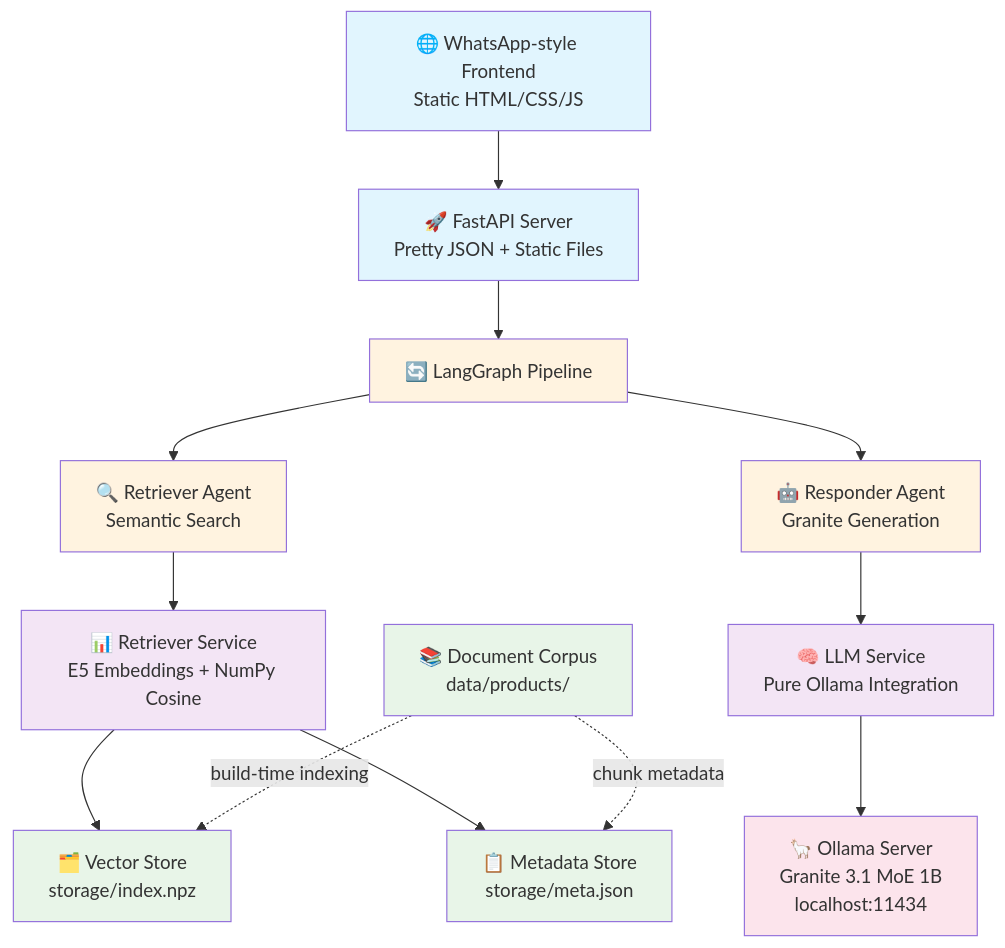
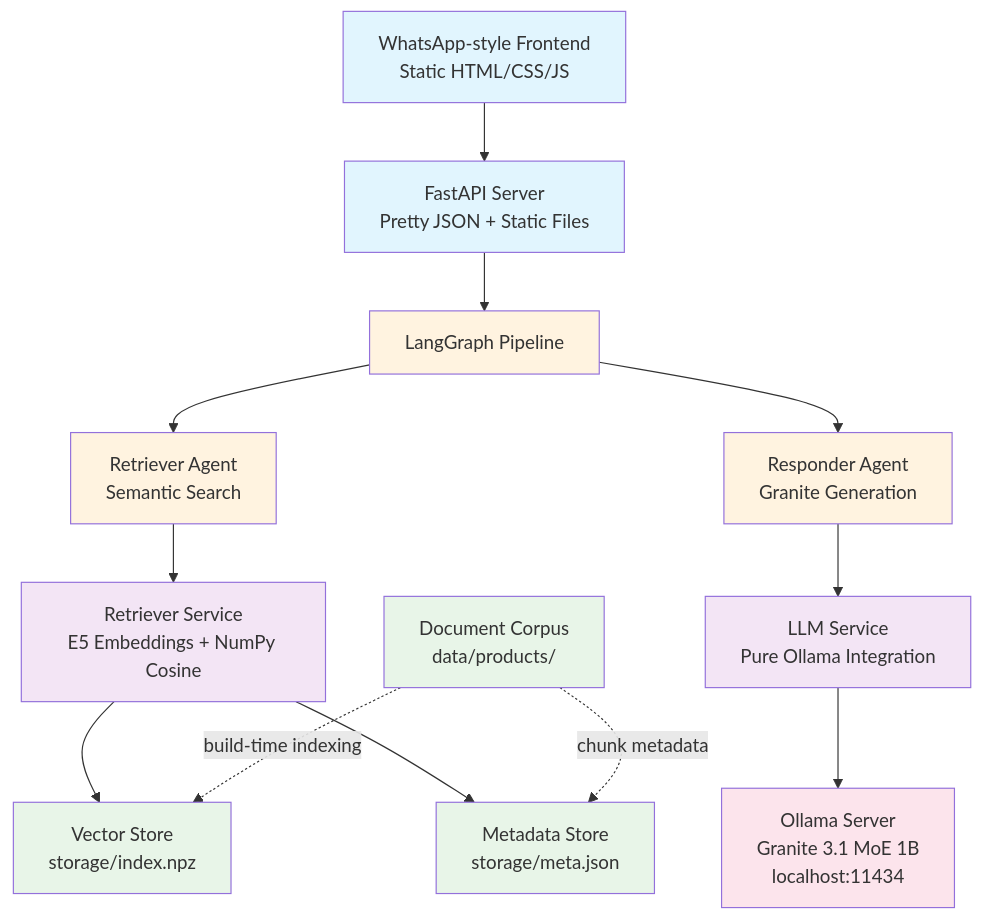
The diagram in README.md (lucianareynaud/rag-tech), drawn with Mermaid before and after one commit. The commit also changed other lines of this file, not shown here.

````diff
--- a/README.md
+++ b/README.md
@@ -43,51 +43,51 @@
 ```mermaid
 graph TB
     %% User Interface Layer
-    UI[🌐 WhatsApp-style Frontend<br/>Static HTML/CSS/JS]
-    API[🚀 FastAPI Server<br/>Pretty JSON + Static Files]
+    UI[WhatsApp-style Frontend<br/>Static HTML/CSS/JS]
+    API[FastAPI Server<br/>Pretty JSON + Static Files]
     
     %% Agent Pipeline Layer
-    Pipeline[🔄 LangGraph Pipeline]
-    RA[🔍 Retriever Agent<br/>Semantic Search]
-    RespA[🤖 Responder Agent<br/>Granite Generation]
+    Pipeline[LangGraph Pipeline]
+    RA[Retriever Agent<br/>Semantic Search]
+    RespA[Responder Agent<br/>Granite Generation]
     
     %% Core Services Layer
-    Retriever[📊 Retriever Service<br/>E5 Embeddings + NumPy Cosine]
-    LLM[🧠 LLM Service<br/>Pure Ollama Integration]
+    Retriever[Retriever Service<br/>E5 Embeddings + NumPy Cosine]
+    LLM[LLM Service<br/>Pure Ollama Integration]
     
     %% Data Layer
-    VectorStore[🗂️ Vector Store<br/>storage/index.npz]
-    MetaStore[📋 Metadata Store<br/>storage/meta.json]
-    Corpus[📚 Document Corpus<br/>data/products/]
+    VectorStore[Vector Store<br/>storage/index.npz]
+    MetaStore[Metadata Store<br/>storage/meta.json]
+    Corpus[Document Corpus<br/>data/products/]
     
     %% External Tools
-    Ollama[🦙 Ollama Server<br/>Granite 3.1 MoE 1B<br/>localhost:11434]
+    Ollama[Ollama Server<br/>Granite 3.1 MoE 1B<br/>localhost:11434]
     
     %% Flow connections
     UI --> API
     API --> Pipeline
     Pipeline --> RA
     Pipeline --> RespA
     RA --> Retriever
     RespA --> LLM
     Retriever --> VectorStore
     Retriever --> MetaStore
     LLM --> Ollama
     
     %% Data ingestion flow
     Corpus -.-> |build-time indexing| VectorStore
     Corpus -.-> |chunk metadata| MetaStore
     
     %% Styling
     classDef frontend fill:#e1f5fe
     classDef agent fill:#fff3e0
     classDef service fill:#f3e5f5
     classDef storage fill:#e8f5e8
     classDef external fill:#fce4ec
     
     class UI,API frontend
     class Pipeline,RA,RespA agent
     class Retriever,LLM service
     class VectorStore,MetaStore,Corpus storage
     class Ollama external
 ```
````
